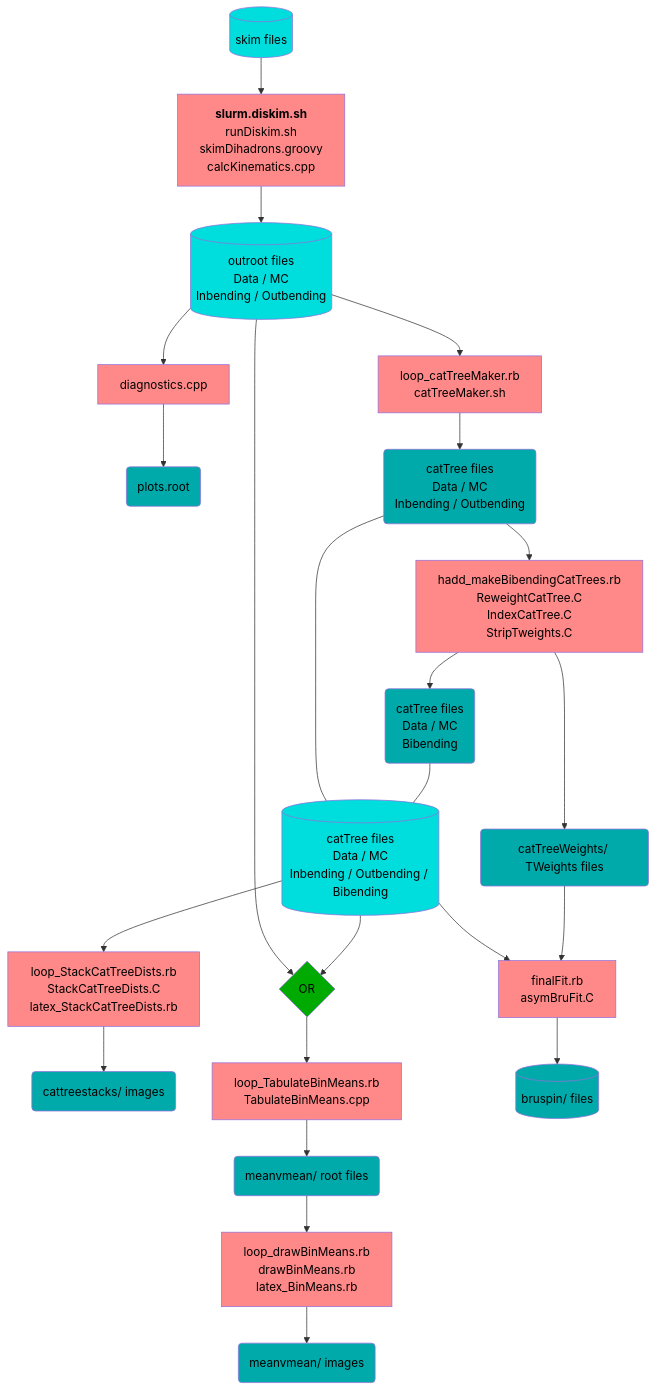
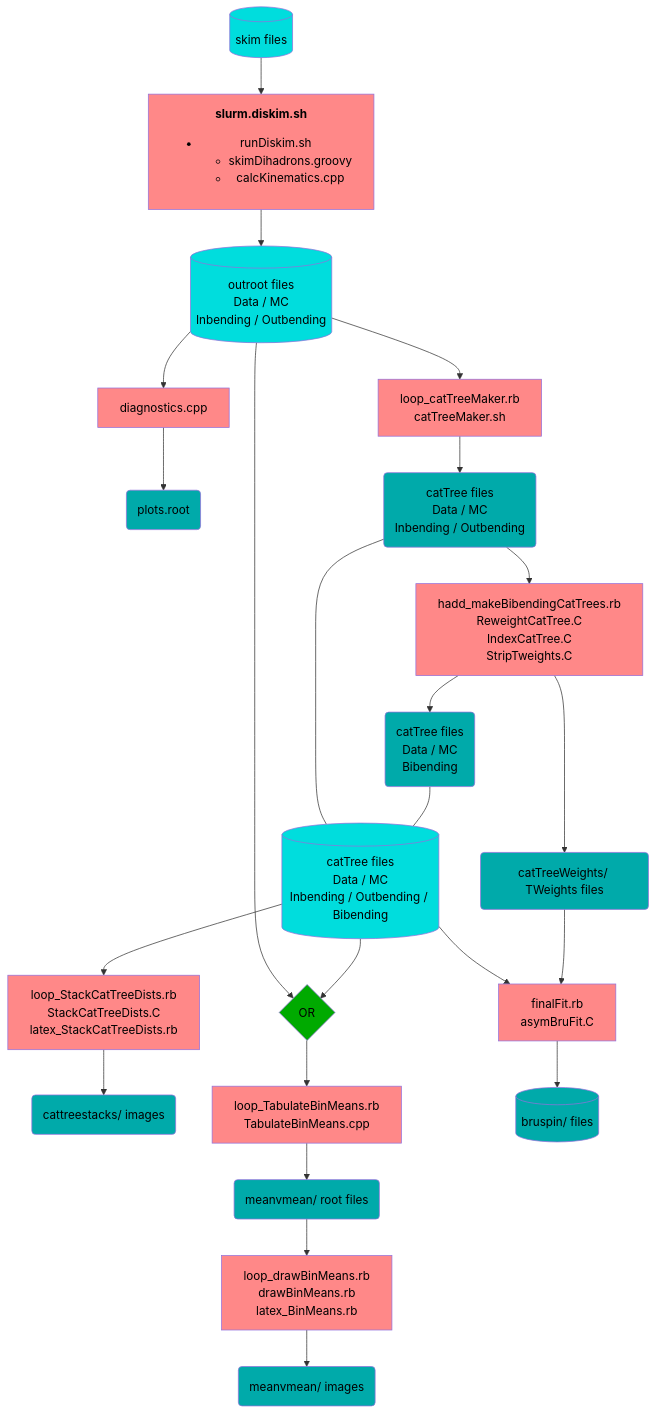
Before and after one commit to c-dilks/dispin: the first of 2 diagrams in README.md, drawn with Mermaid.

Commit message:
modified:   README.md

````diff
--- a/README.md
+++ b/README.md
@@ -94,48 +94,48 @@
 ```mermaid
 flowchart TB
   classDef alg fill:#ff8888,color:black
   classDef data fill:#00aaaa,color:black
   classDef bigdata fill:#00dddd,color:black
   classDef op fill:#00aa00,color:black
 
   Skims[(skim files)]:::bigdata
-  RunDiskim[<strong>slurm.diskim.sh</strong><br/>runDiskim.sh<br/>skimDihadrons.groovy<br/>calcKinematics.cpp]:::alg
+  RunDiskim[<strong>slurm.diskim.sh</strong><ul><li>runDiskim.sh</li><ul><li>skimDihadrons.groovy</li><li>calcKinematics.cpp</li></ul></ul>]:::alg
   Outroots[(outroot files<br/>Data / MC<br/>Inbending / Outbending)]:::bigdata
   Skims --> RunDiskim --> Outroots
 
   Diagnostics[diagnostics.cpp]:::alg
   DiagnosticsPlots(plots.root):::data
   Outroots --> Diagnostics --> DiagnosticsPlots
 
   CatTreeMaker[loop_catTreeMaker.rb<br/>catTreeMaker.sh]:::alg
   CatTreesIBOB(catTree files<br/>Data / MC<br/>Inbending / Outbending):::data
   HaddBibending[hadd_makeBibendingCatTrees.rb<br/>ReweightCatTree.C<br/>IndexCatTree.C<br/>StripTweights.C]:::alg
   CatTreesBB(catTree files<br/>Data / MC<br/>Bibending):::data
   CatTreeWeights(catTreeWeights/ TWeights files):::data
   CatTrees[(catTree files<br/>Data / MC<br/>Inbending / Outbending / Bibending)]:::bigdata
   Outroots --> CatTreeMaker
   CatTreeMaker --> CatTreesIBOB --> HaddBibending
   HaddBibending --> CatTreeWeights
   HaddBibending --> CatTreesBB
   CatTreesIBOB --- CatTrees
   CatTreesBB --- CatTrees
 
   StackCatTreeDists[loop_StackCatTreeDists.rb<br/>StackCatTreeDists.C<br/>latex_StackCatTreeDists.rb]:::alg
   CatTreeStacks(cattreestacks/ images):::data
   CatTrees --> StackCatTreeDists --> CatTreeStacks
 
   MeanVsMean[loop_TabulateBinMeans.rb<br/>TabulateBinMeans.cpp]:::alg
   MeanVsMeanRoot(meanvmean/ root files):::data
   MeanVsMeanDraw[loop_drawBinMeans.rb<br/>drawBinMeans.rb<br/>latex_BinMeans.rb]:::alg
   MeanVsMeanImages(meanvmean/ images):::data
   MeanVsMeanInputOR{OR}:::op
   Outroots --> MeanVsMeanInputOR
   CatTrees --> MeanVsMeanInputOR
   MeanVsMeanInputOR --> MeanVsMean --> MeanVsMeanRoot --> MeanVsMeanDraw --> MeanVsMeanImages
 
   FinalFit[finalFit.rb<br/>asymBruFit.C]:::alg
   BruSpin[(bruspin/ files)]:::data
   CatTrees --> FinalFit --> BruSpin
   CatTreeWeights --> FinalFit
 
 ```
````
